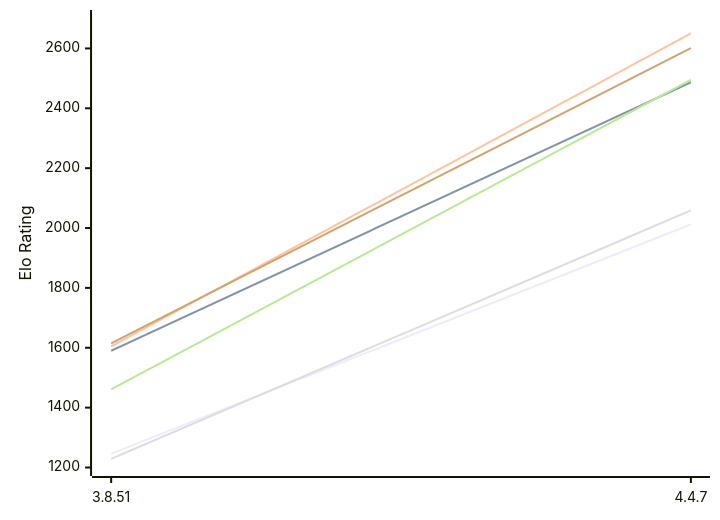
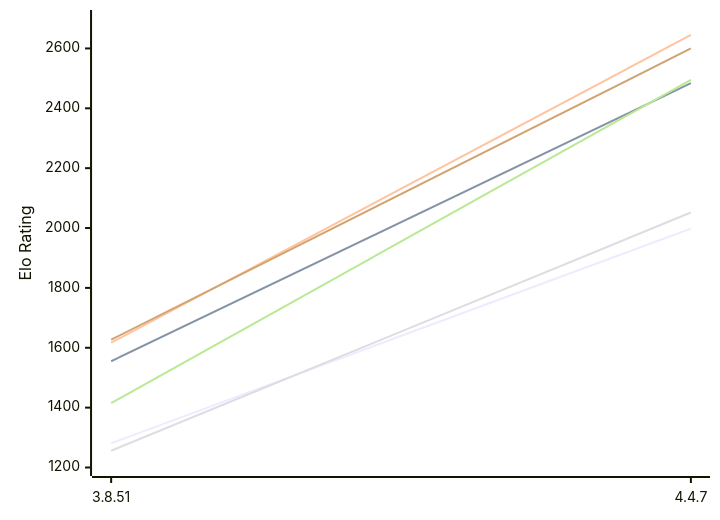
Before and after one commit to computer-chess-index/cci: the first of 2 diagrams in engines/Scoria.md, drawn with Mermaid. The commit also changed other lines of this file, not shown here.

Commit message:
Update CCI Ratings (ELO VLTC) - 2026-11-15

````diff
--- a/engines/Scoria.md
+++ b/engines/Scoria.md
@@ -50,12 +50,12 @@
 ```mermaid
 %%{init: {"theme":"base","themeVariables":{"seriesColors:['#a3a3a3','#222221','#faa371']}}}%%
 xychart-beta
   x-axis ["3.8.51", "4.4.7"]
   y-axis "Elo Rating" 1200 --> 2700
-  line "E1: STC (8.0+0.08s)" [1246, 2012]
-  line "E1: LTC (60.0+0.60s)" [1590, 2487]
-  line "E1: VLTC (2m24s+1.12s)" [1605, 2650]
-  line "P1: STC (8.0+0.08s)" [1229, 2059]
-  line "P1: LTC (60.0+0.60s)" [1461, 2495]
-  line "P1: VLTC (2m24s+1.12s)" [1615, 2601]
+  line "E1: STC (8.0+0.08s)" [1281, 1998]
+  line "E1: LTC (60.0+0.60s)" [1555, 2484]
+  line "E1: VLTC (2m24s+1.12s)" [1617, 2645]
+  line "P1: STC (8.0+0.08s)" [1256, 2052]
+  line "P1: LTC (60.0+0.60s)" [1415, 2495]
+  line "P1: VLTC (2m24s+1.12s)" [1627, 2600]
 ```
````
